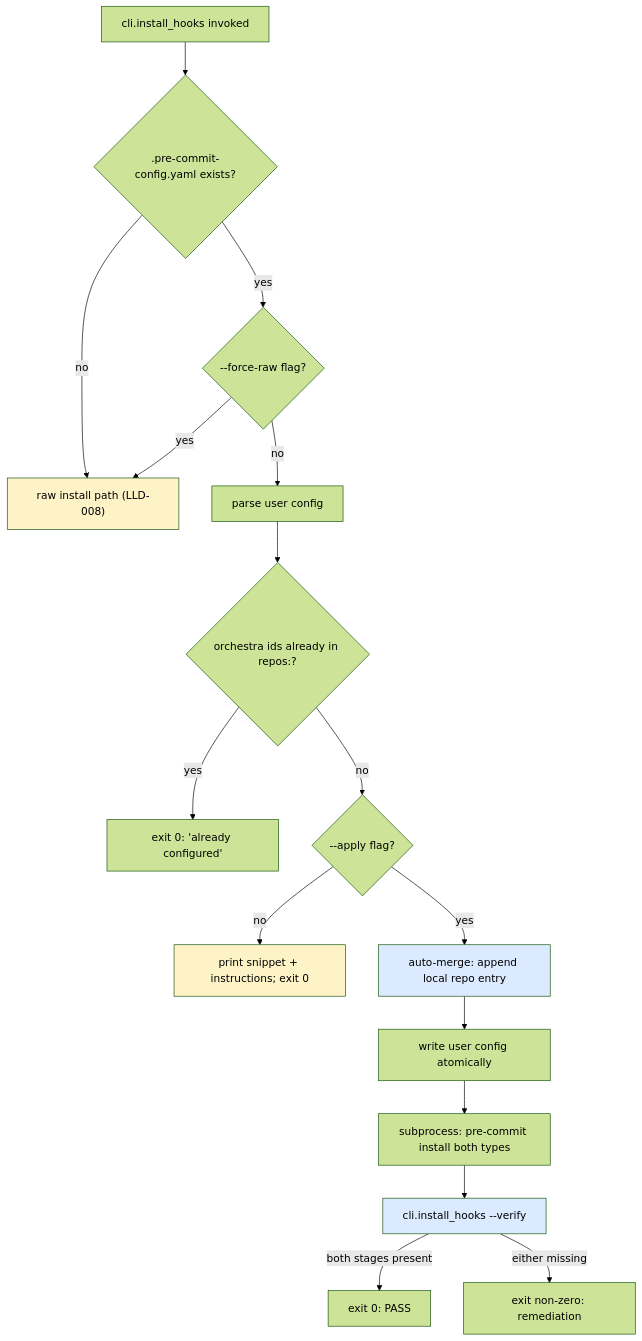
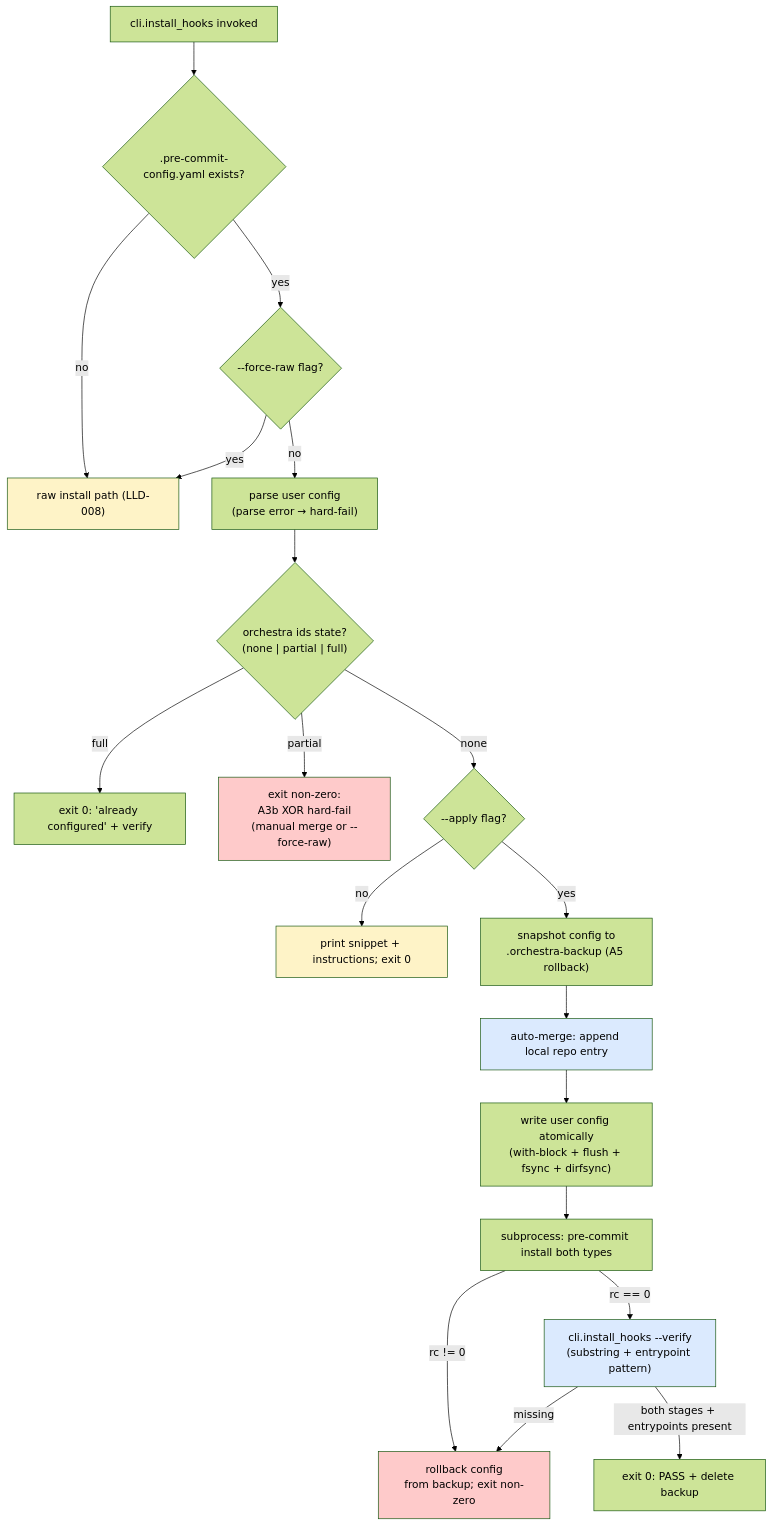
One commit to hassan-mohiddin/orchestra changed the diagram in docs/features/010-framework-detection-determinism.md. Above: the diagram before and after it, drawn with Mermaid (forest theme). The commit also changed other lines of this file and 8 other files, not shown here.

````diff
--- a/docs/features/010-framework-detection-determinism.md
+++ b/docs/features/010-framework-detection-determinism.md
@@ -175,23 +214,28 @@
 ```mermaid
 graph TD
     A["cli.install_hooks invoked"] --> B{".pre-commit-config.yaml exists?"}
     B -->|no| C["raw install path (LLD-008)"]
     B -->|yes| D{"--force-raw flag?"}
     D -->|yes| C
-    D -->|no| E["parse user config"]
-    E --> F{"orchestra ids already in repos:?"}
-    F -->|yes| G["exit 0: 'already configured'"]
-    F -->|no| H{"--apply flag?"}
+    D -->|no| E["parse user config<br/>(parse error → hard-fail)"]
+    E --> F{"orchestra ids state?<br/>(none | partial | full)"}
+    F -->|full| G["exit 0: 'already configured' + verify"]
+    F -->|partial| P["exit non-zero:<br/>A3b XOR hard-fail<br/>(manual merge or --force-raw)"]
+    F -->|none| H{"--apply flag?"}
     H -->|no| I["print snippet + instructions; exit 0"]
-    H -->|yes| J["auto-merge: append local repo entry"]
-    J --> K["write user config atomically"]
+    H -->|yes| BK["snapshot config to<br/>.orchestra-backup (A5 rollback)"]
+    BK --> J["auto-merge: append local repo entry"]
+    J --> K["write user config atomically<br/>(with-block + flush + fsync + dirfsync)"]
     K --> L["subprocess: pre-commit install both types"]
-    L --> M["cli.install_hooks --verify"]
-    M -->|both stages present| N["exit 0: PASS"]
-    M -->|either missing| O["exit non-zero: remediation"]
+    L -->|rc != 0| RB["rollback config<br/>from backup; exit non-zero"]
+    L -->|rc == 0| M["cli.install_hooks --verify<br/>(substring + entrypoint pattern)"]
+    M -->|both stages + entrypoints present| N["exit 0: PASS + delete backup"]
+    M -->|missing| RB
 
     style C fill:#fef3c7
     style I fill:#fef3c7
+    style P fill:#fecaca
     style J fill:#dbeafe
     style M fill:#dbeafe
+    style RB fill:#fecaca
 ```
````
